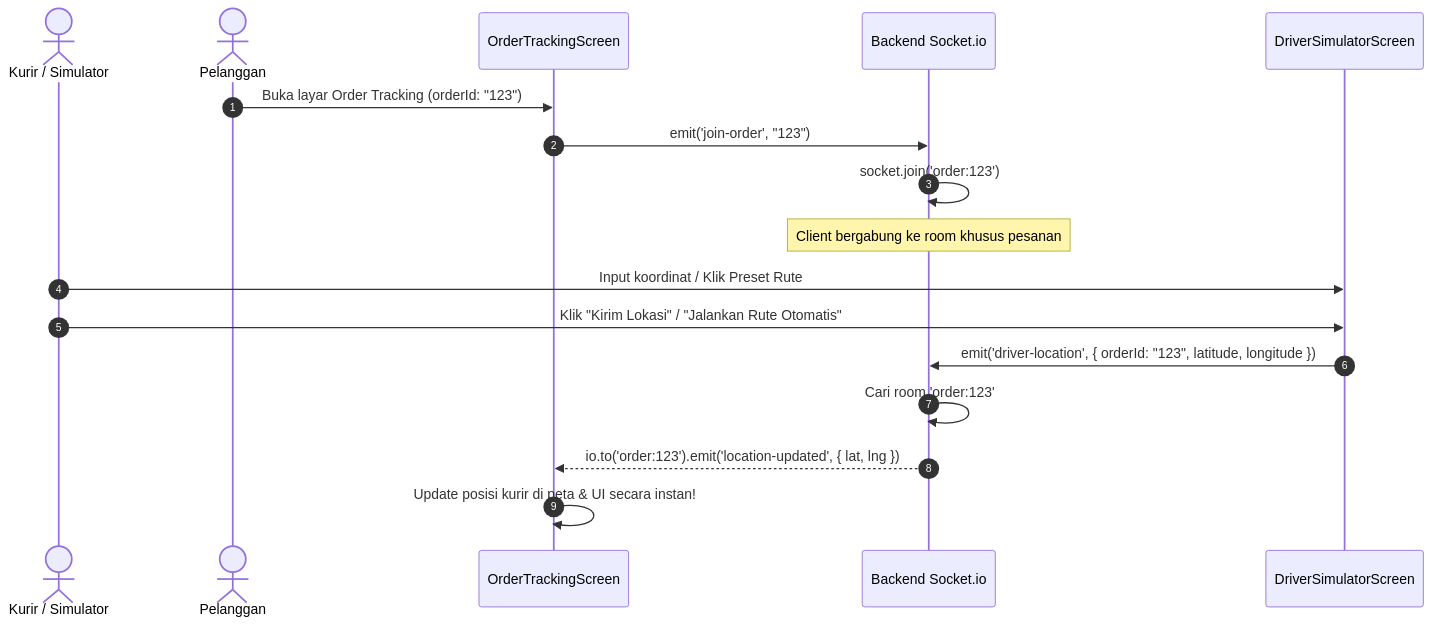
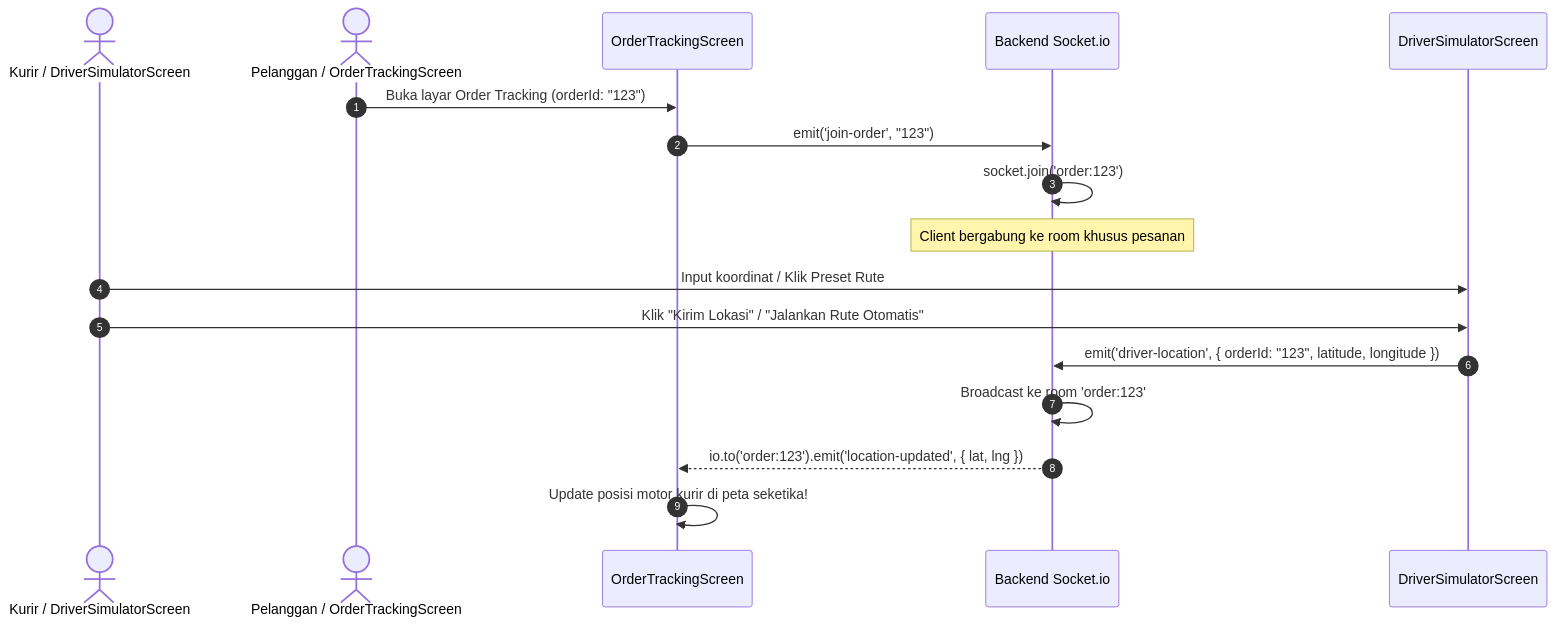
The fourth of 5 diagrams in docs/02_ALUR_FLOW_APLIKASI.md (inii-man/gofood-clone-day1), drawn with Mermaid before and after one commit. The commit also changed other lines of this file and 34 other files, not shown here.

````diff
--- a/docs/02_ALUR_FLOW_APLIKASI.md
+++ b/docs/02_ALUR_FLOW_APLIKASI.md
@@ -101,22 +121,22 @@
 ```mermaid
 sequenceDiagram
     autonumber
-    actor Driver as Kurir / Simulator
-    actor Customer as Pelanggan
+    actor Driver as Kurir / DriverSimulatorScreen
+    actor Customer as Pelanggan / OrderTrackingScreen
     participant TrackingScreen as OrderTrackingScreen
     participant SocketServer as Backend Socket.io
     participant DriverScreen as DriverSimulatorScreen
 
     Customer->>TrackingScreen: Buka layar Order Tracking (orderId: "123")
     TrackingScreen->>SocketServer: emit('join-order', "123")
     SocketServer->>SocketServer: socket.join('order:123')
     Note over SocketServer: Client bergabung ke room khusus pesanan #123
 
     Driver->>DriverScreen: Input koordinat / Klik Preset Rute
     Driver->>DriverScreen: Klik "Kirim Lokasi" / "Jalankan Rute Otomatis"
     DriverScreen->>SocketServer: emit('driver-location', { orderId: "123", latitude, longitude })
 
-    SocketServer->>SocketServer: Cari room 'order:123'
+    SocketServer->>SocketServer: Broadcast ke room 'order:123'
     SocketServer-->>TrackingScreen: io.to('order:123').emit('location-updated', { lat, lng })
-    TrackingScreen->>TrackingScreen: Update posisi kurir di peta & UI secara instan!
+    TrackingScreen->>TrackingScreen: Update posisi motor kurir di peta seketika!
 ```
````
